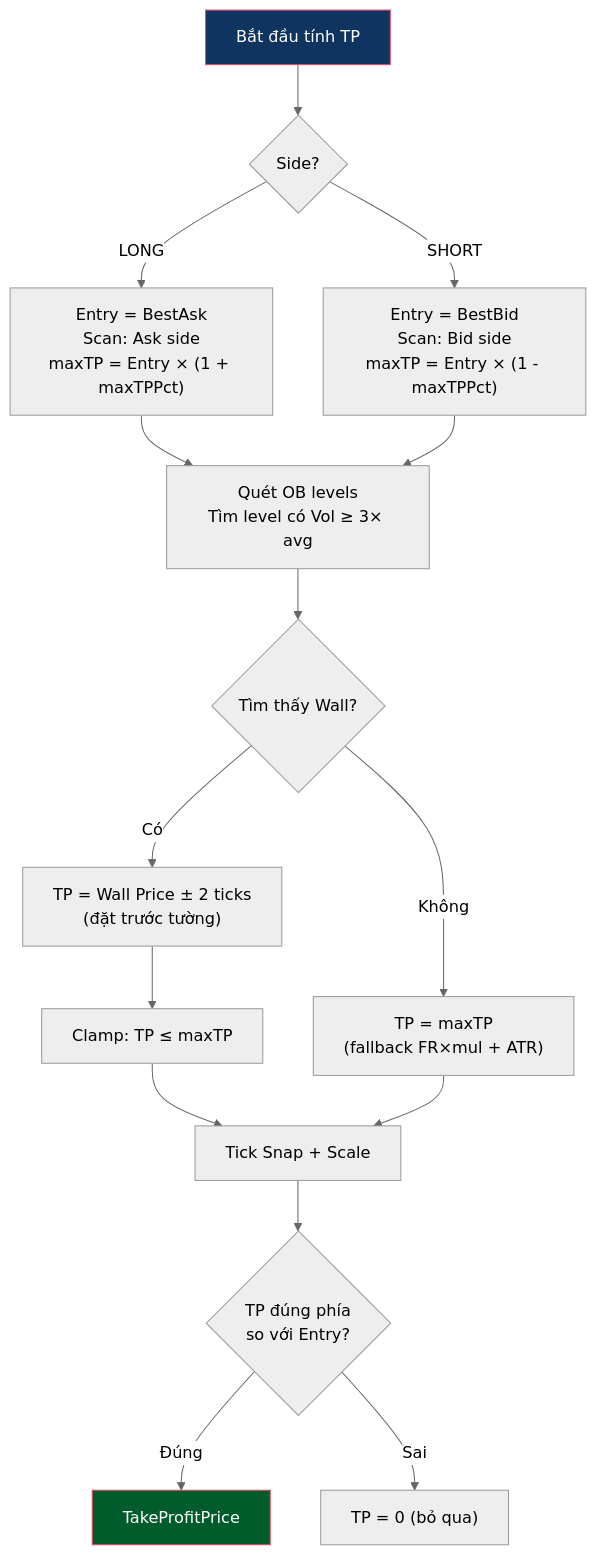
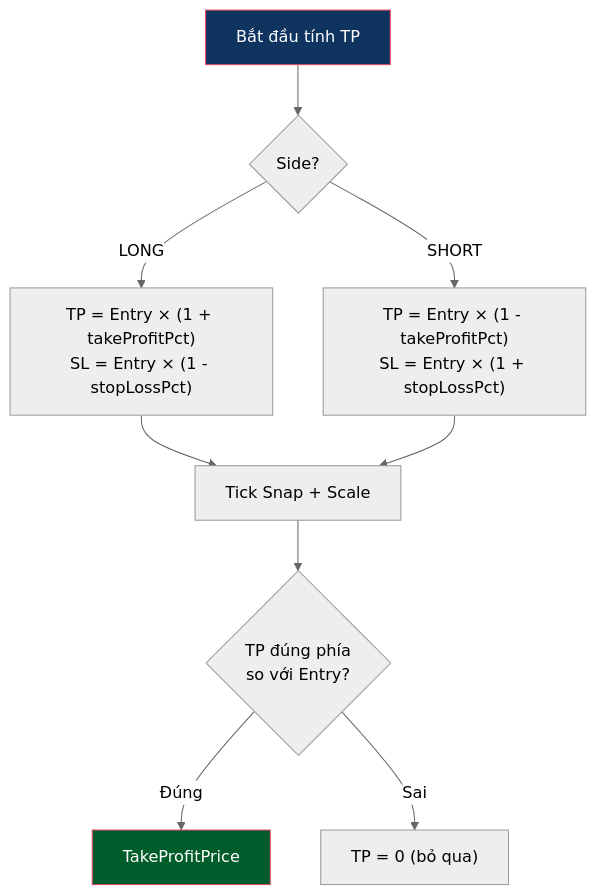
The second of 2 diagrams in docs/business/funding/price_flow.md (dangnmh/crypto-bot), drawn with Mermaid (neutral theme) before and after one commit. The commit also changed other lines of this file and 122 other files, not shown here.

````diff
--- a/docs/business/funding/price_flow.md
+++ b/docs/business/funding/price_flow.md
@@ -72,27 +47,17 @@
 ```mermaid
 flowchart TD
     START2["Bắt đầu tính TP"] --> ENTRY{"Side?"}
 
-    ENTRY -- "LONG" --> LONG_ENTRY["Entry = BestAsk<br/>Scan: Ask side<br/>maxTP = Entry × (1 + maxTPPct)"]
-    ENTRY -- "SHORT" --> SHORT_ENTRY["Entry = BestBid<br/>Scan: Bid side<br/>maxTP = Entry × (1 - maxTPPct)"]
+    ENTRY -- "LONG" --> LONG_ENTRY["TP = Entry × (1 + takeProfitPct)<br/>SL = Entry × (1 - stopLossPct)"]
+    ENTRY -- "SHORT" --> SHORT_ENTRY["TP = Entry × (1 - takeProfitPct)<br/>SL = Entry × (1 + stopLossPct)"]
 
-    LONG_ENTRY --> SCAN
-    SHORT_ENTRY --> SCAN
-
-    SCAN["Quét OB levels<br/>Tìm level có Vol ≥ 3× avg"] --> WALL{Tìm thấy Wall?}
-
-    WALL -- "Có" --> SNAP["TP = Wall Price ± 2 ticks<br/>(đặt trước tường)"]
-    SNAP --> CLAMP["Clamp: TP ≤ maxTP"]
-
-    WALL -- "Không" --> FALLBACK["TP = maxTP<br/>(fallback FR×mul + ATR)"]
-
-    CLAMP --> TICK["Tick Snap + Scale"]
-    FALLBACK --> TICK
+    LONG_ENTRY --> TICK["Tick Snap + Scale"]
+    SHORT_ENTRY --> TICK
 
     TICK --> SANITY{"TP đúng phía<br/>so với Entry?"}
     SANITY -- "Đúng" --> TP_DONE["TakeProfitPrice"]
     SANITY -- "Sai" --> TP_ZERO["TP = 0 (bỏ qua)"]
 
     style START2 fill:#0f3460,stroke:#e94560,color:#fff
     style TP_DONE fill:#005c2a,stroke:#e94560,color:#fff
 ```
````
